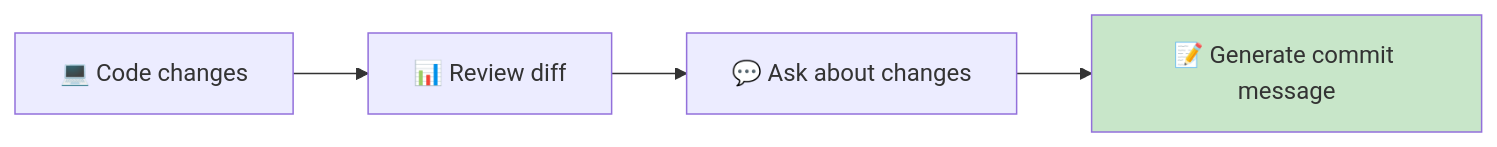
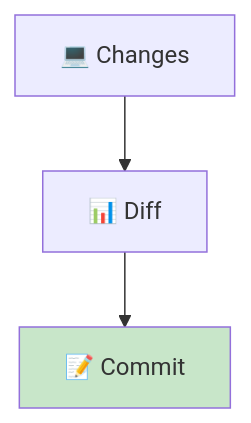
One commit to TheBushidoCollective/han changed the fifth of 7 diagrams in website/content/papers/ai-dlc-2026/runbooks/tooling/cursor.md. Above: the diagram before and after it, drawn with Mermaid. The commit also changed other lines of this file and 21 other files, not shown here.

First line of the commit message:
fix(website): convert all AI-DLC runbook Mermaid diagrams to TB layout

````diff
--- a/website/content/papers/ai-dlc-2026/runbooks/tooling/cursor.md
+++ b/website/content/papers/ai-dlc-2026/runbooks/tooling/cursor.md
@@ -248,8 +242,7 @@
 ```mermaid
-flowchart LR
-    Code[💻 Code changes] --> Diff[📊 Review diff]
-    Diff --> Chat[💬 Ask about changes]
-    Chat --> Commit[📝 Generate commit message]
+flowchart TB
+    Code[💻 Changes] --> Diff[📊 Diff]
+    Diff --> Commit[📝 Commit]
 
     style Commit fill:#c8e6c9
 ```
````
